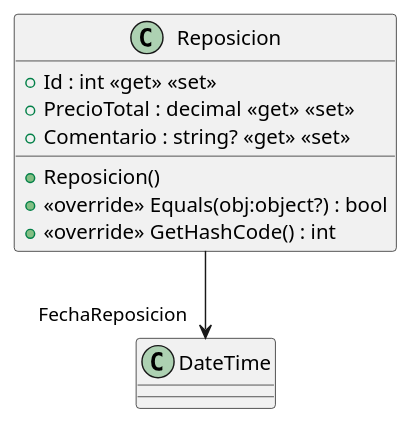
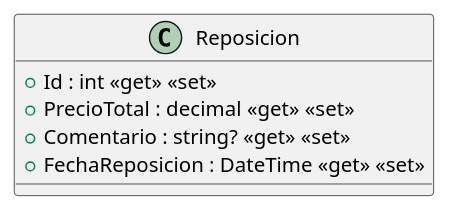
The diagram in src/AppForSEII.API/ClassDiagram/Reposicion.puml (ISII2627NeedMoneyForMac/ISII2627NeedMoneyForMac), drawn with PlantUML before and after one commit. The commit also changed 12 other files, not shown here.

Commit message:
Modificada las clase subasta, libro y reposición y modificacion o creacion de las relacionadas a su diagrama para corregir errores

```diff
--- a/src/AppForSEII.API/ClassDiagram/Reposicion.puml
+++ b/src/AppForSEII.API/ClassDiagram/Reposicion.puml
@@ -1,11 +1,8 @@
 @startuml
 class Reposicion {
     + Id : int <<get>> <<set>>
     + PrecioTotal : decimal <<get>> <<set>>
     + Comentario : string? <<get>> <<set>>
-    + Reposicion()
-    + <<override>> Equals(obj:object?) : bool
-    + <<override>> GetHashCode() : int
+    + FechaReposicion : DateTime <<get>> <<set>>
 }
-Reposicion --> "FechaReposicion" DateTime
 @enduml
```
